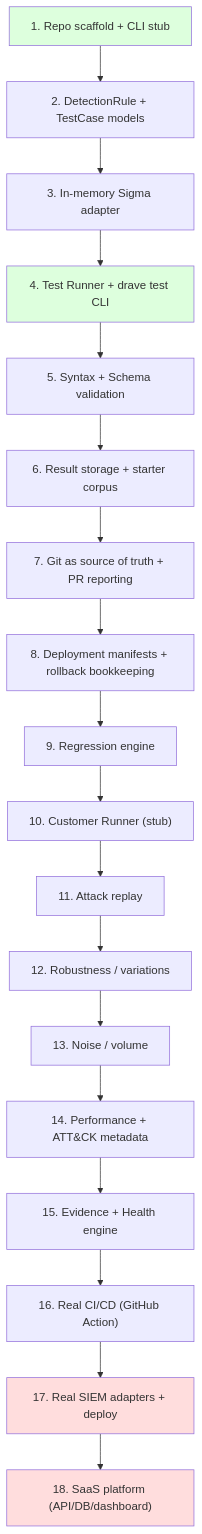
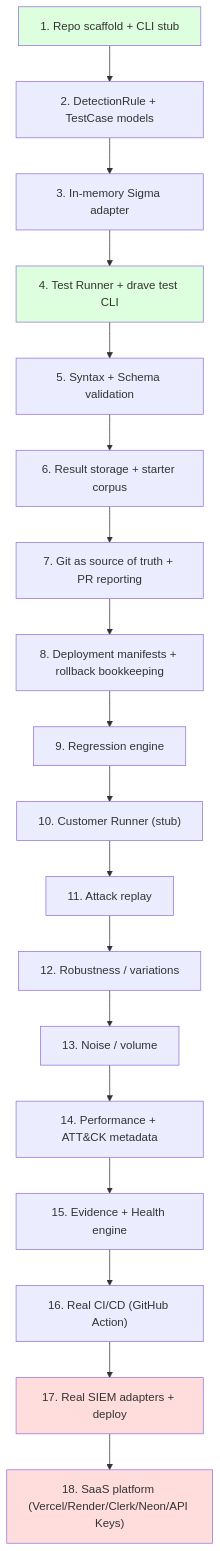
The sixth of 6 diagrams in knowledgeBase/ARCHITECTURE.md (Rushi19-04/DRAVE), drawn with Mermaid before and after one commit. The commit also changed other lines of this file, not shown here.

Commit message:
docs: update architecture diagram with real stack

````diff
--- a/knowledgeBase/ARCHITECTURE.md
+++ b/knowledgeBase/ARCHITECTURE.md
@@ -236,25 +246,25 @@
 ```mermaid
 flowchart TD
     S1["1. Repo scaffold + CLI stub"] --> S2["2. DetectionRule + TestCase models"]
     S2 --> S3["3. In-memory Sigma adapter"]
     S3 --> S4["4. Test Runner + drave test CLI"]
     S4 --> S5["5. Syntax + Schema validation"]
     S5 --> S6["6. Result storage + starter corpus"]
     S6 --> S7["7. Git as source of truth + PR reporting"]
     S7 --> S8["8. Deployment manifests + rollback bookkeeping"]
     S8 --> S9["9. Regression engine"]
     S9 --> S10["10. Customer Runner (stub)"]
     S10 --> S11["11. Attack replay"]
     S11 --> S12["12. Robustness / variations"]
     S12 --> S13["13. Noise / volume"]
     S13 --> S14["14. Performance + ATT&CK metadata"]
     S14 --> S15["15. Evidence + Health engine"]
     S15 --> S16["16. Real CI/CD (GitHub Action)"]
     S16 --> S17["17. Real SIEM adapters + deploy"]
-    S17 --> S18["18. SaaS platform (API/DB/dashboard)"]
+    S17 --> S18["18. SaaS platform (Vercel/Render/Clerk/Neon/API Keys)"]
 
     style S1 fill:#dfd
     style S4 fill:#dfd
     style S17 fill:#fdd
     style S18 fill:#fdd
 ```
````
